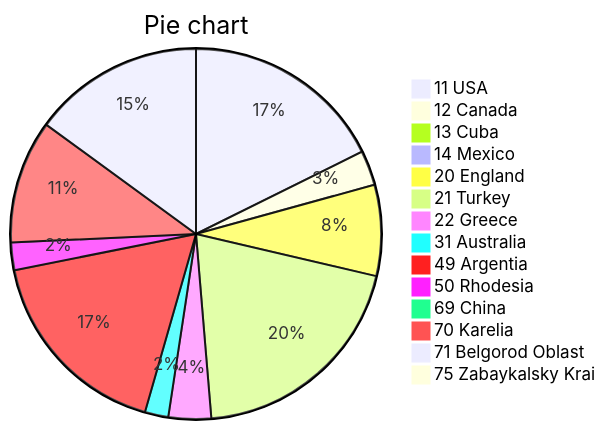
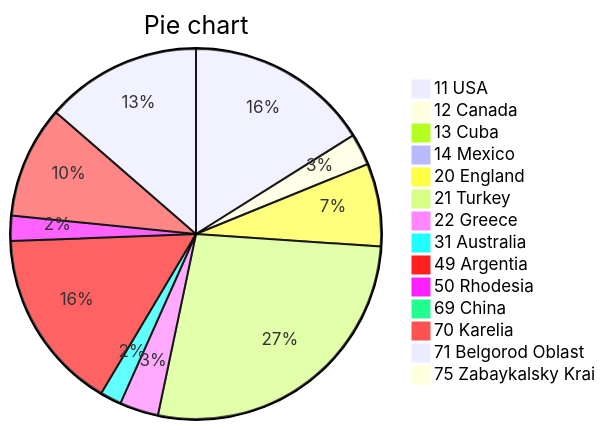
One commit to EvgenyVenalainen/jd-folders-tool changed the diagram in index.md. Above: the diagram before and after it, drawn with Mermaid. The commit also changed other lines of this file and 6 other files, not shown here.

````diff
--- a/index.md
+++ b/index.md
@@ -192,17 +193,17 @@
 ```mermaid
 pie title Pie chart
 "11 USA" : 1500.2
 "12 Canada" : 258.7
 "13 Cuba" : 14.8
 "14 Mexico" : 34.3
 "20 England" : 674.4
-"21 Turkey" : 1699.8
+"21 Turkey" : 2539.9
 "22 Greece" : 315.7
 "31 Australia" : 173.8
 "49 Argentia" : 1478.9
 "50 Rhodesia" : 204.4
 "69 China" : 0.6
 "70 Karelia" : 914.4
 "71 Belgorod Oblast" : 1270.5
 "75 Zabaykalsky Krai" : 85.5
 ```
````
